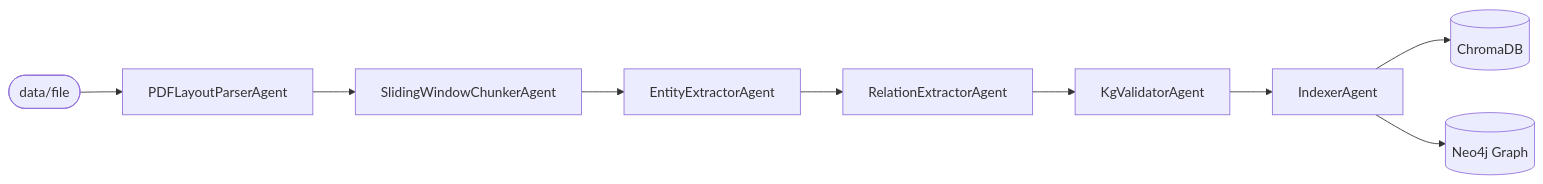
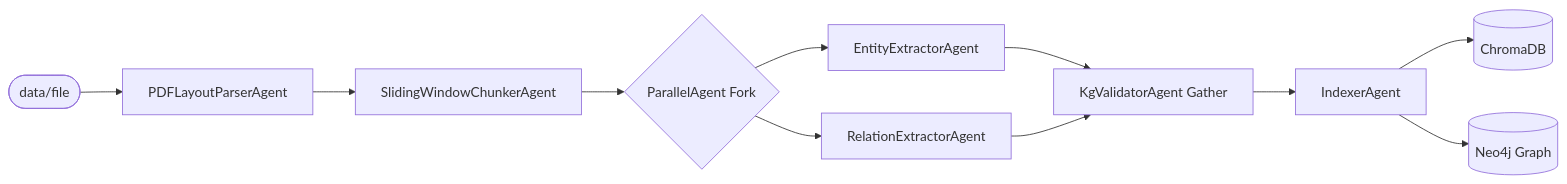
One commit to ranapratapmajee/nexusmind-adk changed the third of 3 diagrams in README.md. Above: the diagram before and after it, drawn with Mermaid. The commit also changed other lines of this file and 4 other files, not shown here.

````diff
--- a/README.md
+++ b/README.md
@@ -202,12 +198,14 @@
 ```mermaid
 graph LR
     Start([data/file]) --> Parser[PDFLayoutParserAgent]
     Parser --> Chunker[SlidingWindowChunkerAgent]
-    Chunker --> EntityExt[EntityExtractorAgent]
-    EntityExt --> RelExt[RelationExtractorAgent]
-    RelExt --> KGVal[KgValidatorAgent]
+    Chunker --> ParallelFork{ParallelAgent Fork}
+    ParallelFork --> EntityExt[EntityExtractorAgent]
+    ParallelFork --> RelExt[RelationExtractorAgent]
+    EntityExt --> KGVal[KgValidatorAgent Gather]
+    RelExt --> KGVal
     KGVal --> Indexer[IndexerAgent]
     Indexer --> Chroma[(ChromaDB)]
     Indexer --> Neo4j[(Neo4j Graph)]
 
 ```
````
